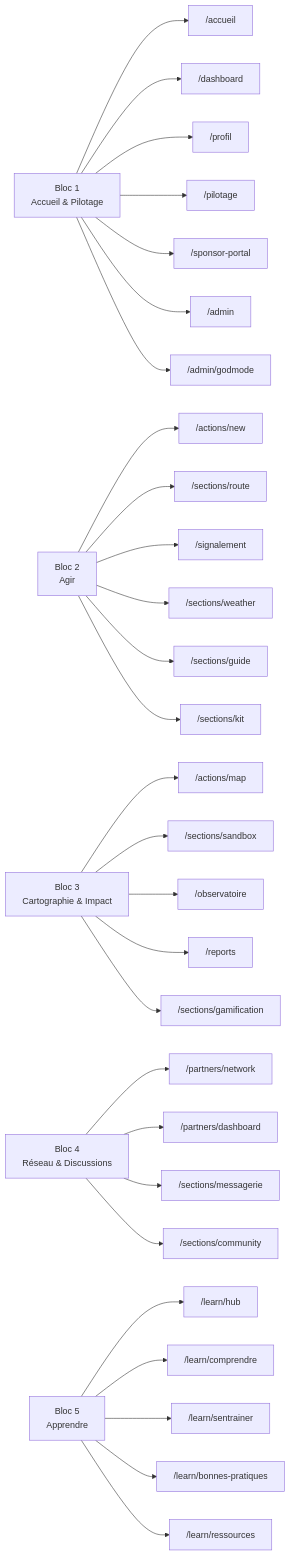
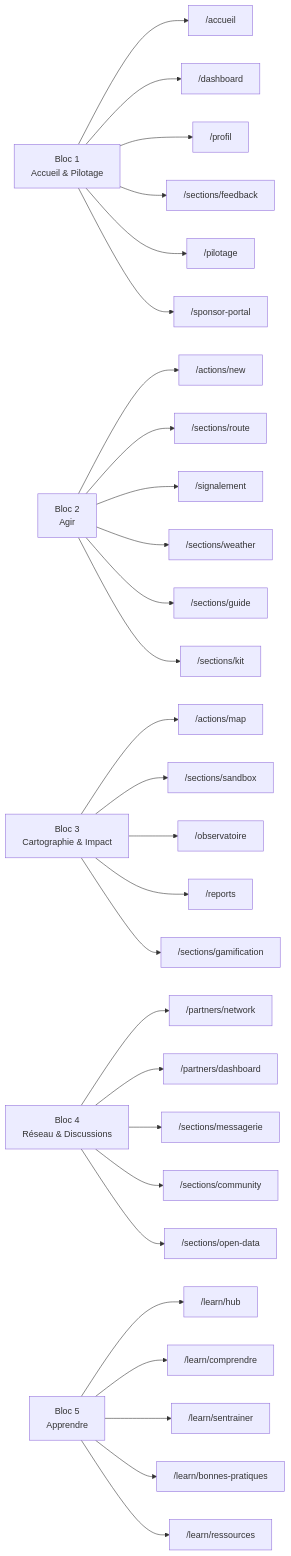
Before and after one commit to maxd4/CleanmyMap: the diagram in documentation/product/matrice-rubriques.md, drawn with Mermaid. The commit also changed other lines of this file and 234 other files, not shown here.

````diff
--- a/documentation/product/matrice-rubriques.md
+++ b/documentation/product/matrice-rubriques.md
@@ -5,40 +5,40 @@
 ```mermaid
 flowchart LR
   B1["Bloc 1\nAccueil & Pilotage"]
   B2["Bloc 2\nAgir"]
   B3["Bloc 3\nCartographie & Impact"]
   B4["Bloc 4\nRéseau & Discussions"]
   B5["Bloc 5\nApprendre"]
 
   B1 --> ACC["/accueil"]
   B1 --> DASH["/dashboard"]
   B1 --> PROFIL["/profil"]
+  B1 --> FEEDBACK["/sections/feedback"]
   B1 --> PIL["/pilotage"]
   B1 --> SPONSOR["/sponsor-portal"]
-  B1 --> ADM["/admin"]
-  B1 --> GOD["/admin/godmode"]
 
   B2 --> NEW["/actions/new"]
   B2 --> ROUTE["/sections/route"]
   B2 --> SIGNAL["/signalement"]
   B2 --> METEO["/sections/weather"]
   B2 --> GUIDE["/sections/guide"]
   B2 --> KIT["/sections/kit"]
 
   B3 --> MAP["/actions/map"]
   B3 --> SANDBOX["/sections/sandbox"]
   B3 --> OBS["/observatoire"]
   B3 --> REP["/reports"]
   B3 --> BADGES["/sections/gamification"]
 
   B4 --> NET["/partners/network"]
   B4 --> ANNUAIRE["/partners/dashboard"]
   B4 --> MSG["/sections/messagerie"]
   B4 --> COMMUNITY["/sections/community"]
+  B4 --> OPENDATA["/sections/open-data"]
 
   B5 --> HUB["/learn/hub"]
   B5 --> COMPRENDRE["/learn/comprendre"]
   B5 --> QUIZ["/learn/sentrainer"]
   B5 --> PRATIQUES["/learn/bonnes-pratiques"]
   B5 --> RESSOURCES["/learn/ressources"]
 ```
````
